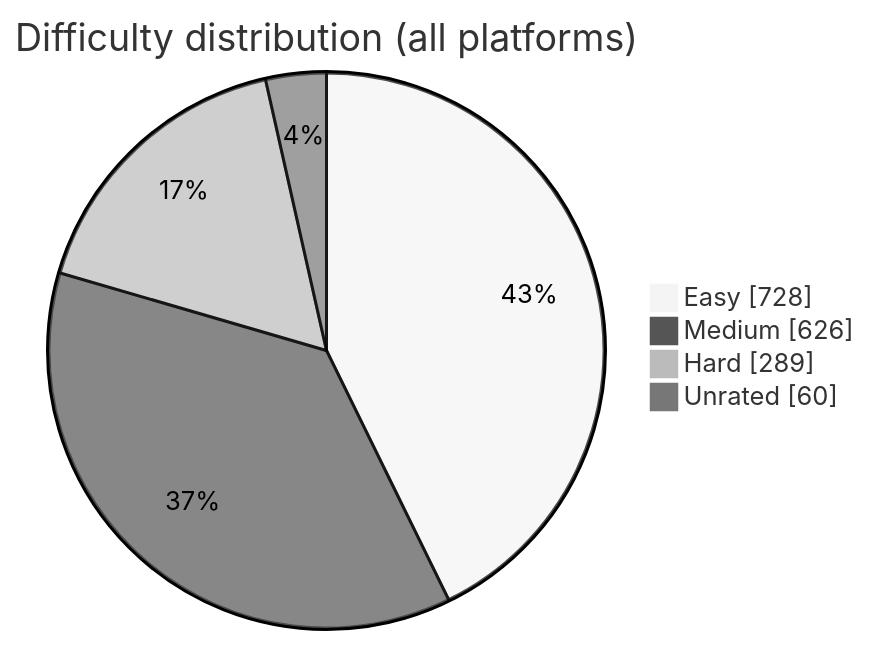
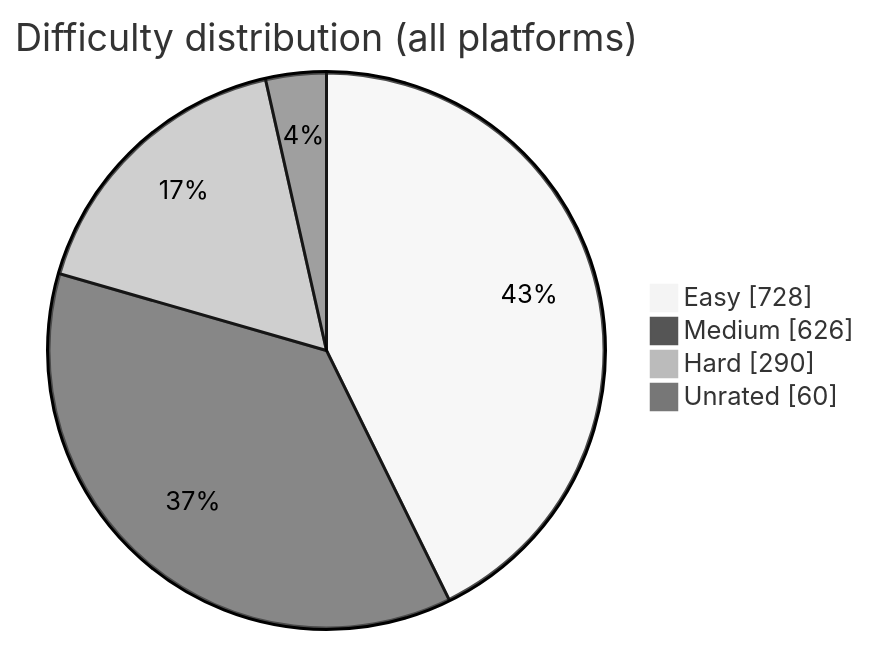
The diagram in README.md (BuildbyArindam/Daily-Coding-Log), drawn with Mermaid (neutral theme) before and after one commit. The commit also changed other lines of this file, not shown here.

````diff
--- a/README.md
+++ b/README.md
@@ -93,7 +93,7 @@
 ```mermaid
 pie showData title Difficulty distribution (all platforms)
     "Easy" : 728
     "Medium" : 626
-    "Hard" : 289
+    "Hard" : 290
     "Unrated" : 60
 ```
````
